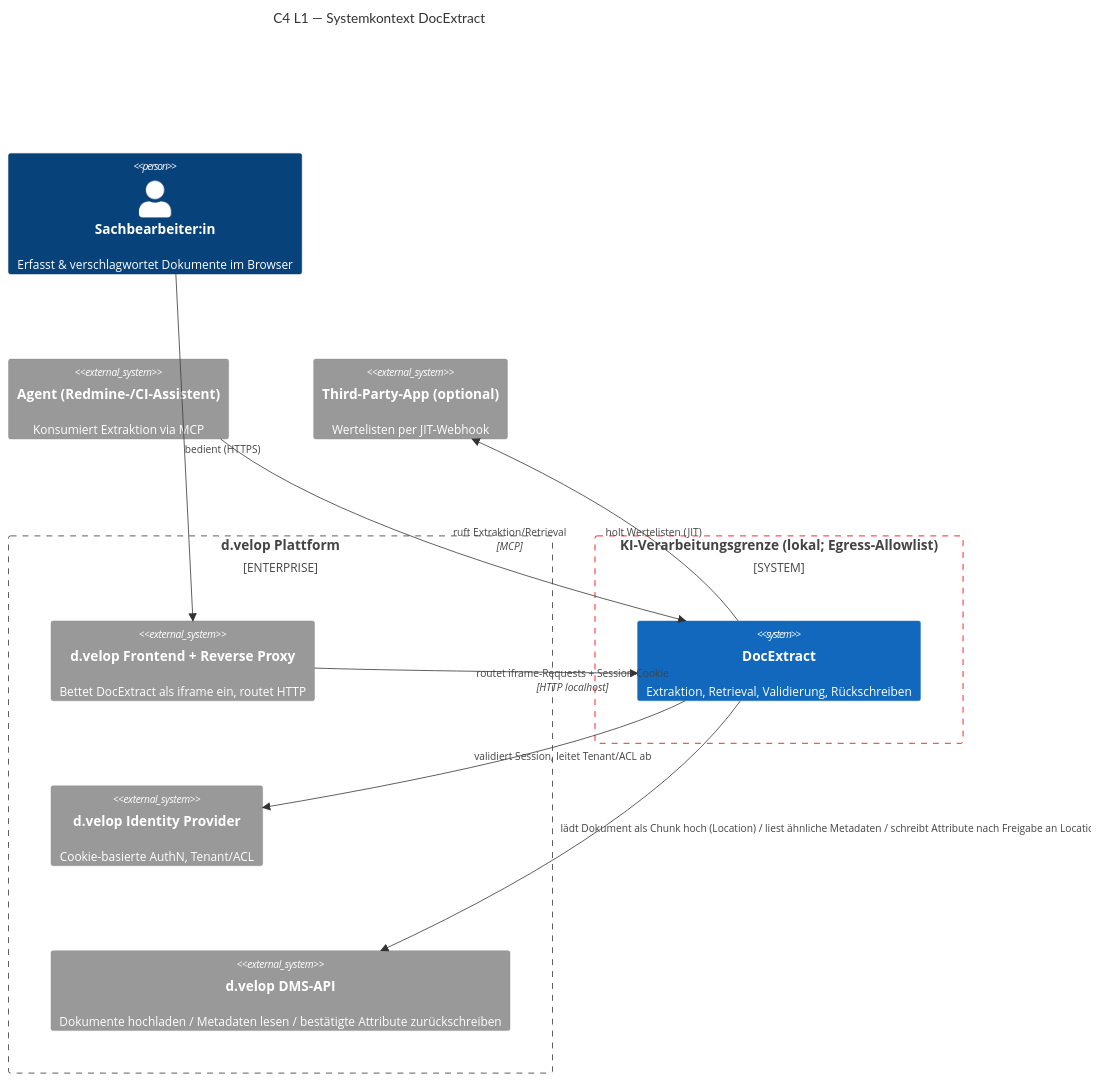
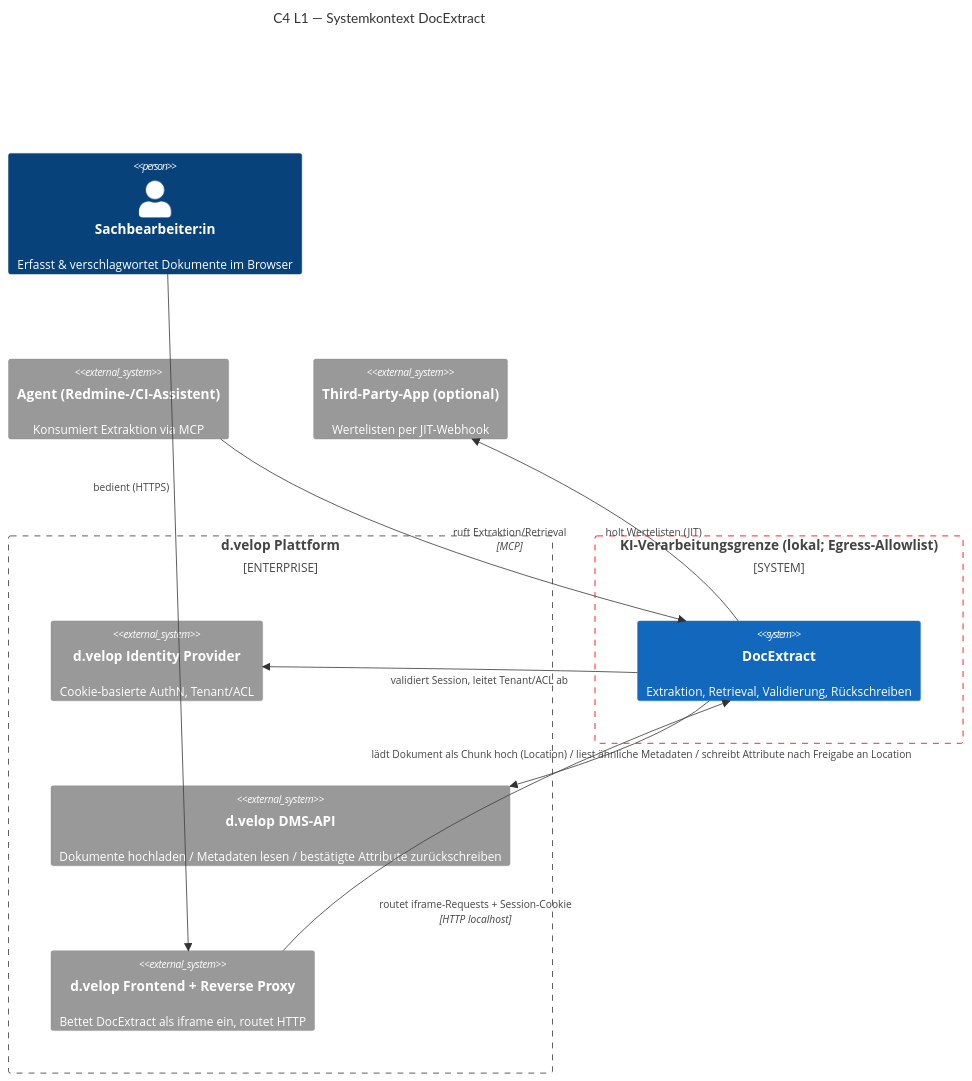
Before and after one commit to segjo/docextract: the first of 7 diagrams in doc/ARCHITECTURE.md, drawn with Mermaid. The commit also changed other lines of this file and 8 other files, not shown here.

````diff
--- a/doc/ARCHITECTURE.md
+++ b/doc/ARCHITECTURE.md
@@ -66,27 +66,31 @@
 ```mermaid
 C4Context
     title C4 L1 — Systemkontext DocExtract
     Person(sb, "Sachbearbeiter:in", "Erfasst & verschlagwortet Dokumente im Browser")
     System_Ext(agent, "Agent (Redmine-/CI-Assistent)", "Konsumiert Extraktion via MCP")
+    Enterprise_Boundary(dv, "d.velop Plattform") {
+        System_Ext(idp, "d.velop Identity Provider", "Cookie-basierte AuthN, Tenant/ACL")
 
-    Enterprise_Boundary(dv, "d.velop Plattform") {
-        System_Ext(dvfe, "d.velop Frontend + Reverse Proxy", "Bettet DocExtract als iframe ein, routet HTTP")
-        System_Ext(idp, "d.velop Identity Provider", "Cookie-basierte AuthN, Tenant/ACL")
         System_Ext(dms, "d.velop DMS-API", "Dokumente hochladen / Metadaten lesen / bestätigte Attribute zurückschreiben")
+                System_Ext(dvfe, "d.velop Frontend + Reverse Proxy", "Bettet DocExtract als iframe ein, routet HTTP")
     }
 
     System_Boundary(tb, "KI-Verarbeitungsgrenze (lokal; Egress-Allowlist)") {
         System(docx, "DocExtract", "Extraktion, Retrieval, Validierung, Rückschreiben")
     }
 
     System_Ext(tpa, "Third-Party-App (optional)", "Wertelisten per JIT-Webhook")
 
     UpdateElementStyle(tb, $borderColor="red")
 
     Rel(sb, dvfe, "bedient (HTTPS)")
     Rel(dvfe, docx, "routet iframe-Requests + Session-Cookie", "HTTP localhost")
     Rel(agent, docx, "ruft Extraktion/Retrieval", "MCP")
     Rel(docx, idp, "validiert Session, leitet Tenant/ACL ab")
     Rel(docx, dms, "lädt Dokument als Chunk hoch (Location) / liest ähnliche Metadaten / schreibt Attribute nach Freigabe an Location")
     Rel(docx, tpa, "holt Wertelisten (JIT)")
+    UpdateRelStyle(docx, dms, $offsetY="10", $offsetX="-280")
+    UpdateRelStyle(docx, idp, $offsetY="10", $offsetX="-70")
+    UpdateRelStyle(sb, dvfe, $offsetY="-150", $offsetX="-100")
+    UpdateRelStyle(dvfe, docx, $offsetY="90", $offsetX="-150")
 ```
````
